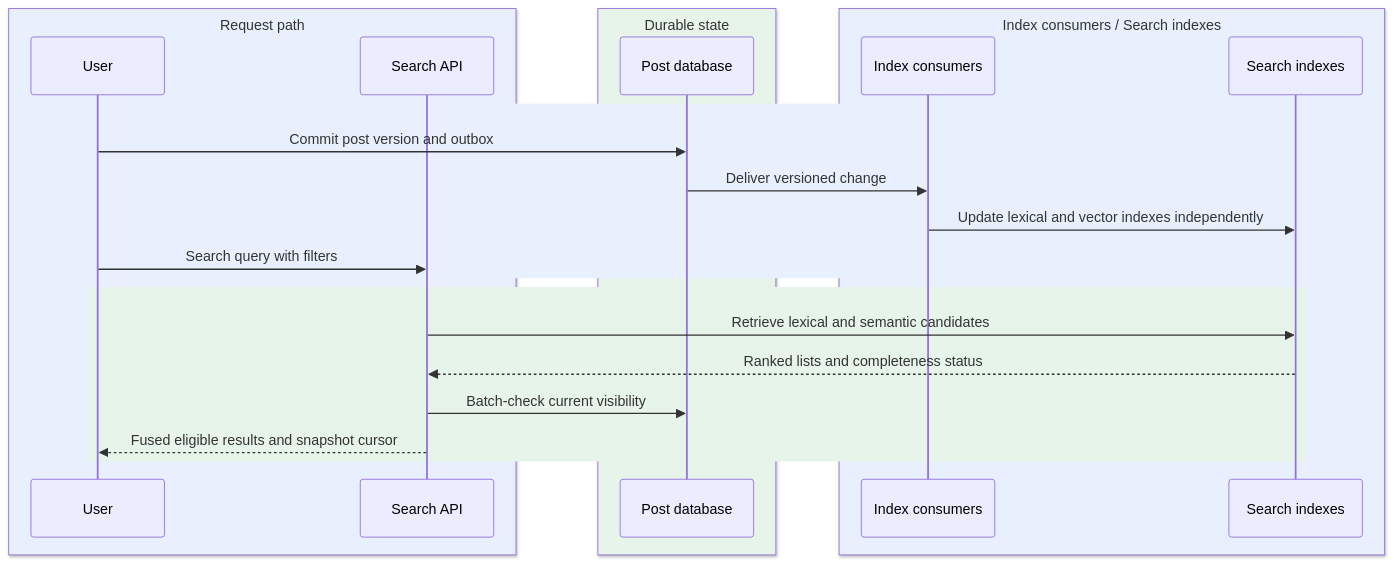
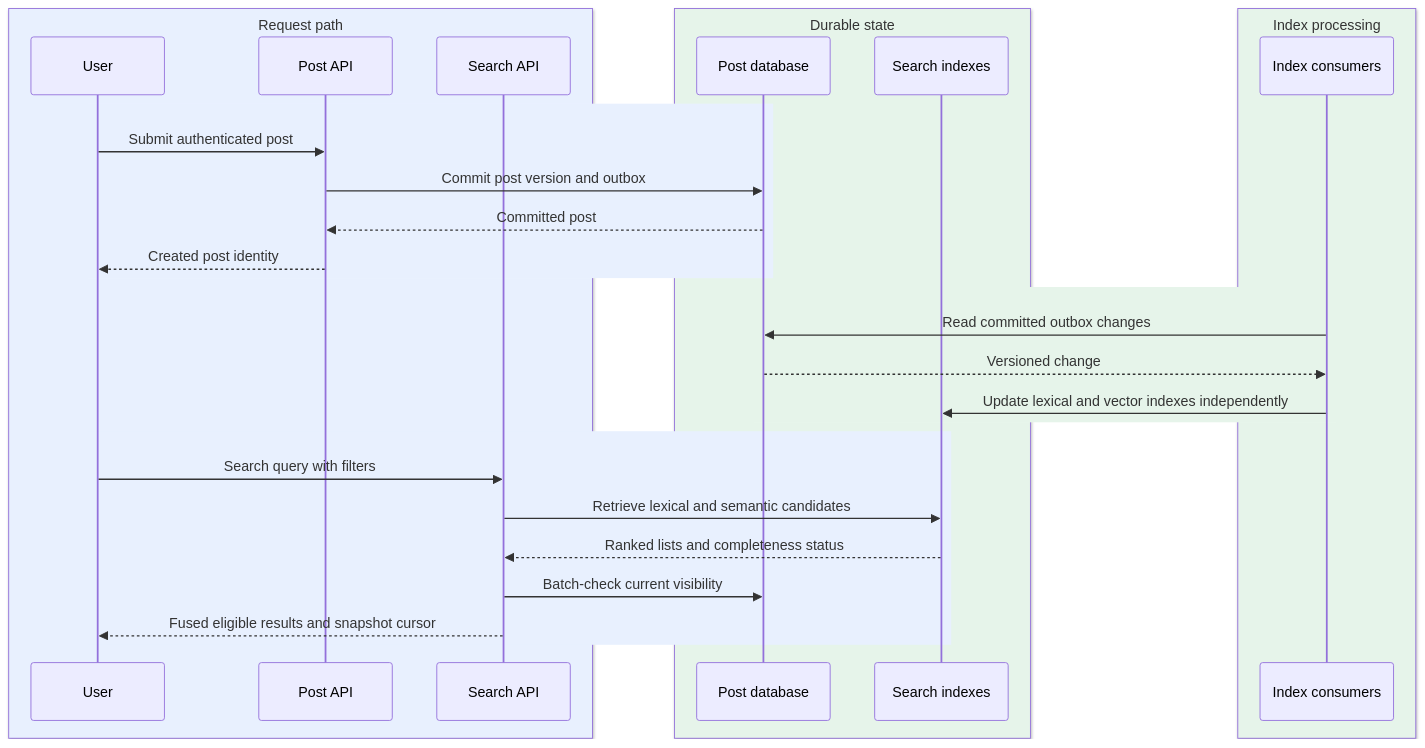
Before and after one commit to iliazlobin/iliazlobin.github.io: the second of 3 diagrams in _designs/system-design-post-search.md, drawn with Mermaid. The commit also changed other lines of this file and 7 other files, not shown here.

Commit message:
Keep simplified design sequences behind service boundaries

````diff
--- a/_designs/system-design-post-search.md
+++ b/_designs/system-design-post-search.md
@@ -153,26 +153,33 @@
 ```mermaid
 sequenceDiagram
   box rgb(232,240,254) Request path
     participant U as User
+    participant P as Post API
     participant A as Search API
   end
   box rgb(230,244,234) Durable state
     participant D as Post database
-  end
-  box rgb(232,240,254) Index consumers / Search indexes
-    participant W as Index consumers
     participant C as Search indexes
   end
+  box rgb(230,244,234) Index processing
+    participant W as Index consumers
+  end
   rect rgb(232,240,254)
-    U->>D: Commit post version and outbox
-    D->>W: Deliver versioned change
-    W->>C: Update lexical and vector indexes independently
-    U->>A: Search query with filters
+    U->>P: Submit authenticated post
+    P->>D: Commit post version and outbox
+    D-->>P: Committed post
+    P-->>U: Created post identity
   end
   rect rgb(230,244,234)
+    W->>D: Read committed outbox changes
+    D-->>W: Versioned change
+    W->>C: Update lexical and vector indexes independently
+  end
+  rect rgb(232,240,254)
+    U->>A: Search query with filters
     A->>C: Retrieve lexical and semantic candidates
     C-->>A: Ranked lists and completeness status
     A->>D: Batch-check current visibility
     A-->>U: Fused eligible results and snapshot cursor
   end
 ```
````
